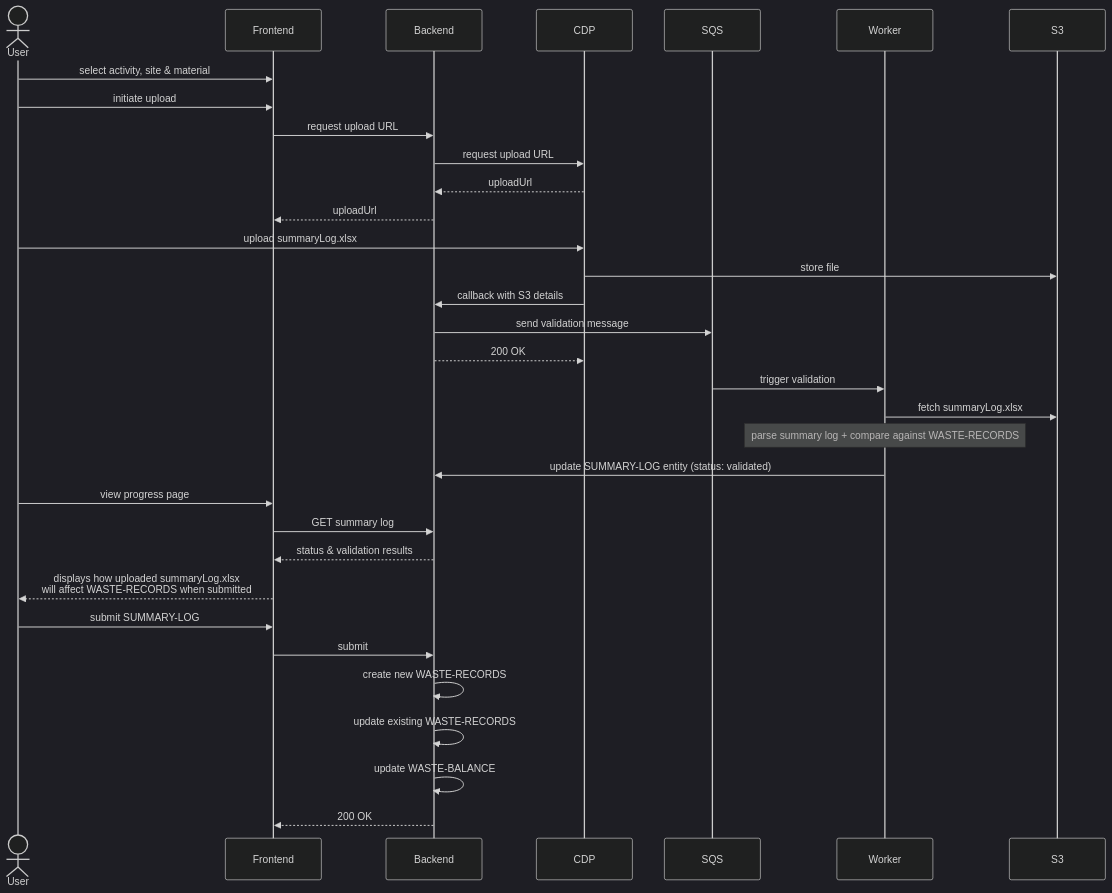
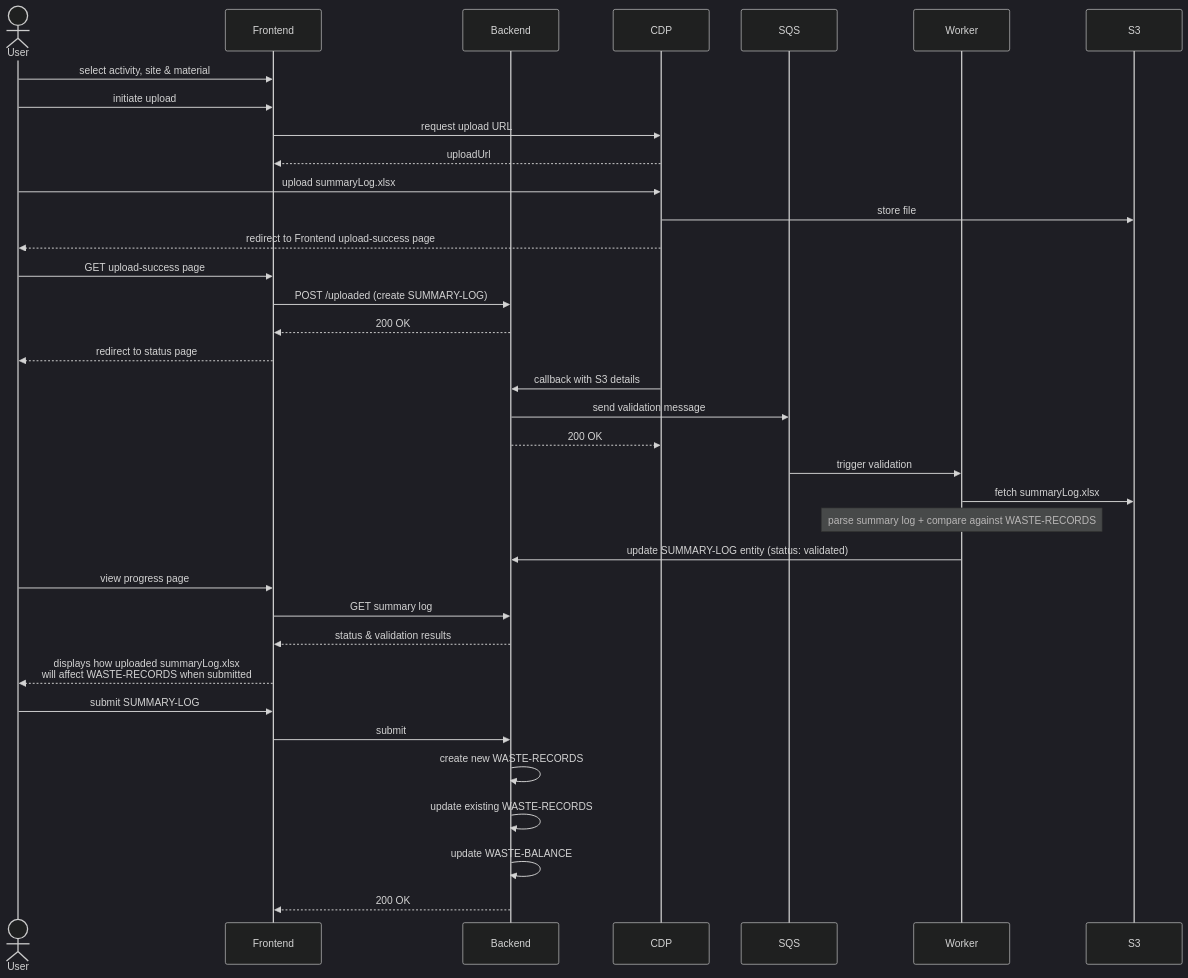
One commit to DEFRA/epr-backend changed the tenth of 10 diagrams in docs/architecture/discovery/pepr-hld.md. Above: the diagram before and after it, drawn with Mermaid (dark theme). The commit also changed other lines of this file and 1 other file, not shown here.

Commit message:
PAE-289: Update summary log upload flow and state names (#149)

````diff
--- a/docs/architecture/discovery/pepr-hld.md
+++ b/docs/architecture/discovery/pepr-hld.md
@@ -455,36 +453,39 @@
 ```mermaid
 sequenceDiagram
     actor User
     participant Frontend
     participant Backend
     participant CDP
     participant SQS
     participant Worker
     participant S3
 
     User->>Frontend: select activity, site & material
     User->>Frontend: initiate upload
-    Frontend->>Backend: request upload URL
-    Backend->>CDP: request upload URL
-    CDP-->>Backend: uploadUrl
-    Backend-->>Frontend: uploadUrl
+    Frontend->>CDP: request upload URL
+    CDP-->>Frontend: uploadUrl
     User->>CDP: upload summaryLog.xlsx
     CDP->>S3: store file
+    CDP-->>User: redirect to Frontend upload-success page
+    User->>Frontend: GET upload-success page
+    Frontend->>Backend: POST /uploaded (create SUMMARY-LOG)
+    Backend-->>Frontend: 200 OK
+    Frontend-->>User: redirect to status page
     CDP->>Backend: callback with S3 details
     Backend->>SQS: send validation message
     Backend-->>CDP: 200 OK
     SQS->>Worker: trigger validation
     Worker->>S3: fetch summaryLog.xlsx
     Note over Worker: parse summary log + compare against WASTE-RECORDS
     Worker->>Backend: update SUMMARY-LOG entity (status: validated)
     User->>Frontend: view progress page
     Frontend->>Backend: GET summary log
     Backend-->>Frontend: status & validation results
     Frontend-->>User: displays how uploaded summaryLog.xlsx<br> will affect WASTE-RECORDS when submitted
     User->>Frontend: submit SUMMARY-LOG
     Frontend->>Backend: submit
     Backend->>Backend: create new WASTE-RECORDS
     Backend->>Backend: update existing WASTE-RECORDS
     Backend->>Backend: update WASTE-BALANCE
     Backend-->>Frontend: 200 OK
 ```
````
